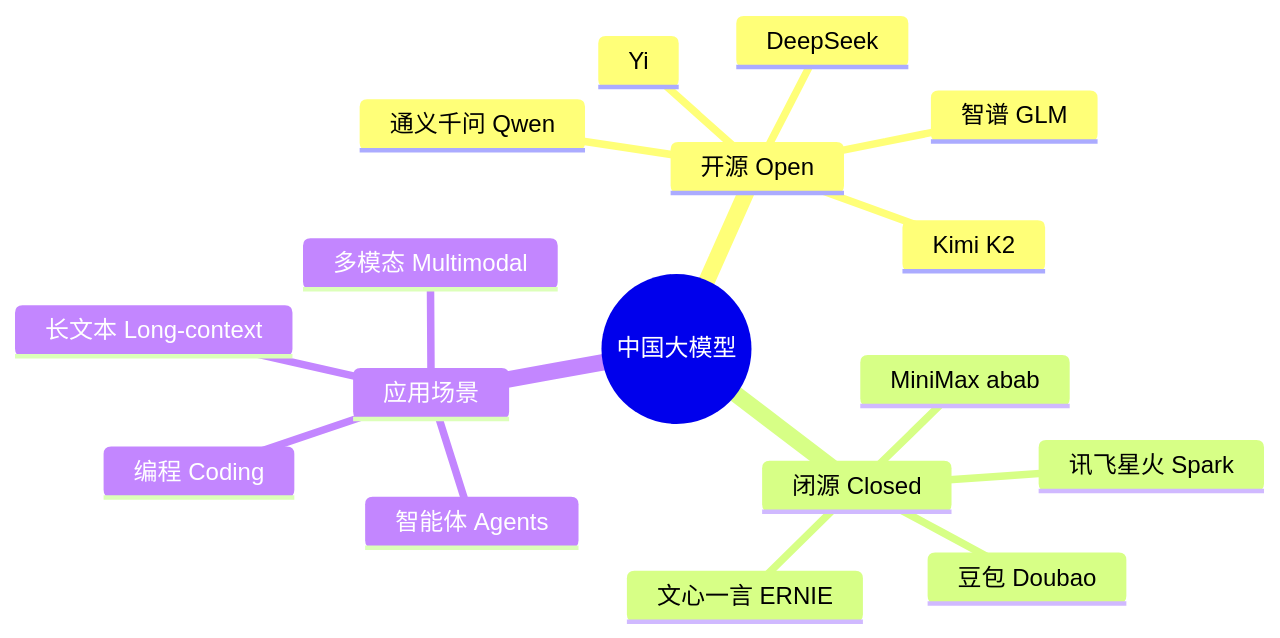
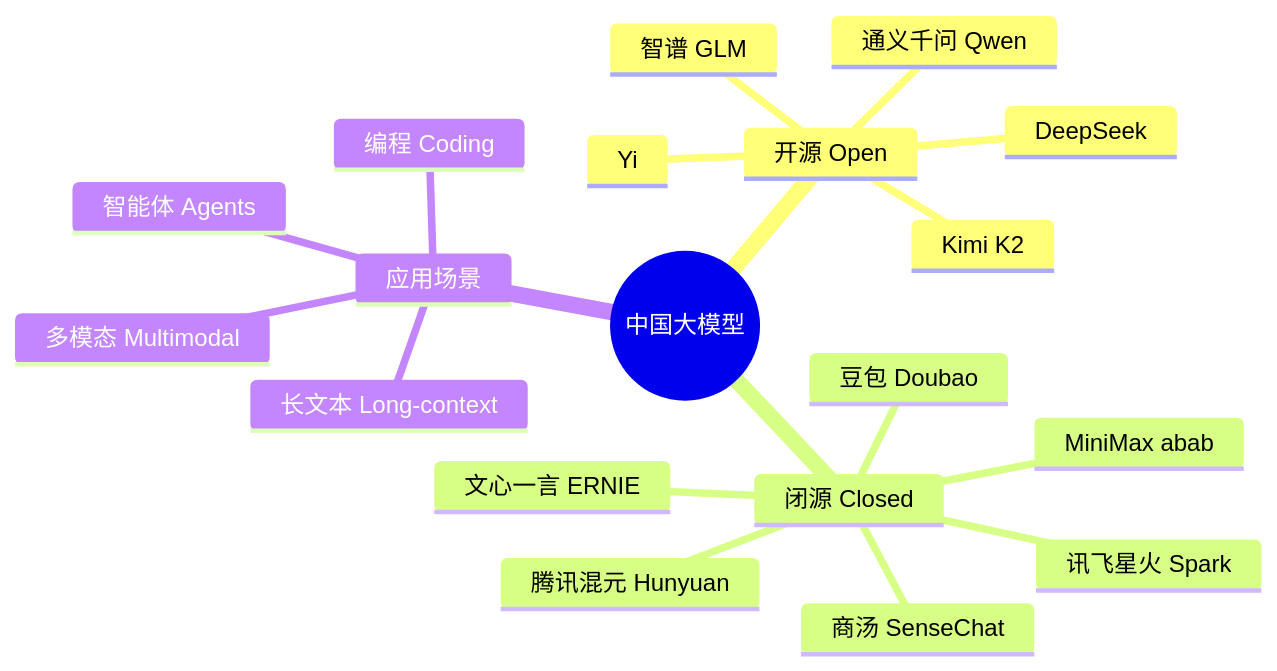
One commit to HoobenWang/awesome-llm-landscape changed the second of 2 diagrams in README.md. Above: the diagram before and after it, drawn with Mermaid. The commit also changed other lines of this file and 2 other files, not shown here.

First line of the commit message:
Add Tencent, SenseTime, Naver, NVIDIA, IBM, TII, AllenAI

````diff
--- a/README.md
+++ b/README.md
@@ -124,20 +139,22 @@
 ```mermaid
 mindmap
   root((中国大模型))
     开源 Open
       DeepSeek
       通义千问 Qwen
       智谱 GLM
       Kimi K2
       Yi
     闭源 Closed
       文心一言 ERNIE
       豆包 Doubao
+      腾讯混元 Hunyuan
+      商汤 SenseChat
       讯飞星火 Spark
       MiniMax abab
     应用场景
       长文本 Long-context
       编程 Coding
       智能体 Agents
       多模态 Multimodal
 ```
````
